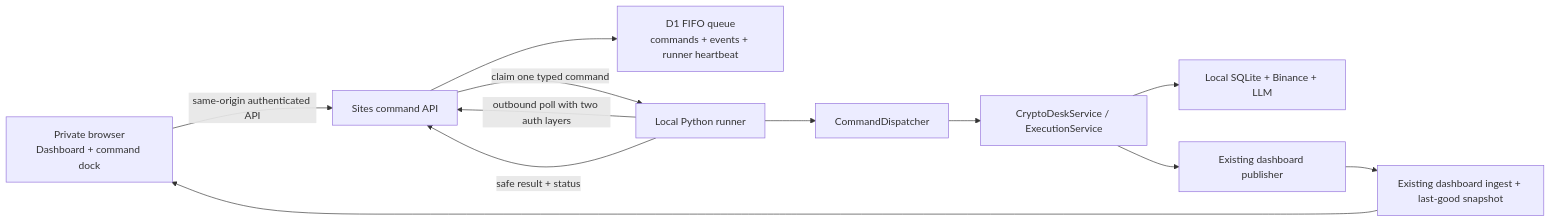
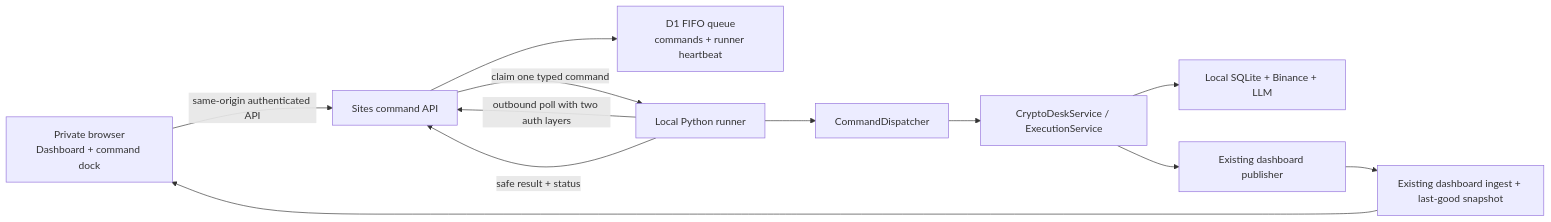
The diagram in docs/superpowers/specs/2026-07-18-interactive-cli-dashboard-design.md (BaoquocF1804/crypto-desk), drawn with Mermaid before and after one commit. The commit also changed other lines of this file and 39 other files, not shown here.

````diff
--- a/docs/superpowers/specs/2026-07-18-interactive-cli-dashboard-design.md
+++ b/docs/superpowers/specs/2026-07-18-interactive-cli-dashboard-design.md
@@ -72,14 +73,14 @@
 ```mermaid
 flowchart LR
     B["Private browser<br/>Dashboard + command dock"] -->|"same-origin authenticated API"| W["Sites command API"]
-    W --> Q["D1 FIFO queue<br/>commands + events + runner heartbeat"]
+    W --> Q["D1 FIFO queue<br/>commands + runner heartbeat"]
     R["Local Python runner"] -->|"outbound poll with two auth layers"| W
     W -->|"claim one typed command"| R
     R --> D["CommandDispatcher"]
     D --> S["CryptoDeskService / ExecutionService"]
     S --> L["Local SQLite + Binance + LLM"]
     R -->|"safe result + status"| W
     S --> P["Existing dashboard publisher"]
     P --> I["Existing dashboard ingest + last-good snapshot"]
     I --> B
 ```
````
